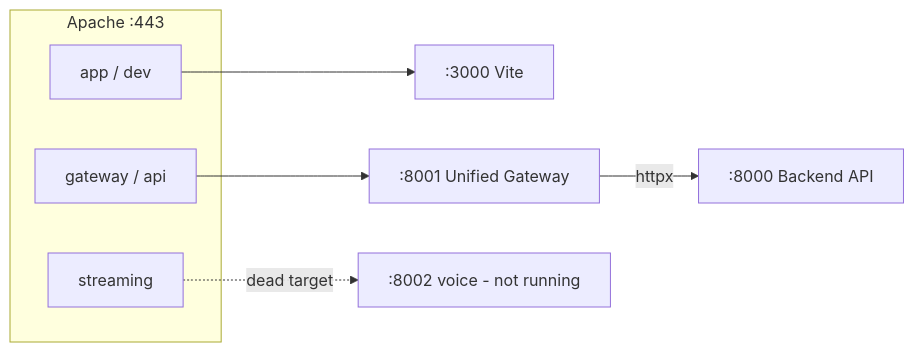
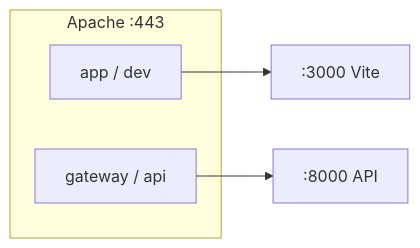
One commit to gondolerahul/hire-buddha-app changed the fourth of 19 diagrams in docs/current/02-system-architecture.md. Above: the diagram before and after it, drawn with Mermaid. The commit also changed other lines of this file and 61 other files, not shown here.

````diff
--- a/docs/current/02-system-architecture.md
+++ b/docs/current/02-system-architecture.md
@@ -414,12 +382,9 @@
 ```mermaid
 flowchart LR
     subgraph A["Apache :443"]
         R1["app / dev"]
         R2["gateway / api"]
-        R3["streaming"]
     end
     R1 --> P3000[":3000 Vite"]
-    R2 --> P8001[":8001 Unified Gateway"]
-    R3 -.dead target.-> P8002[":8002 voice - not running"]
-    P8001 -->|"httpx"| P8000[":8000 Backend API"]
+    R2 --> P8000[":8000 API"]
 ```
````
